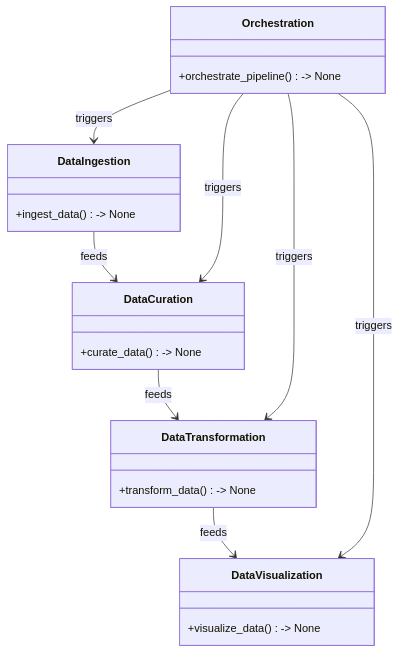
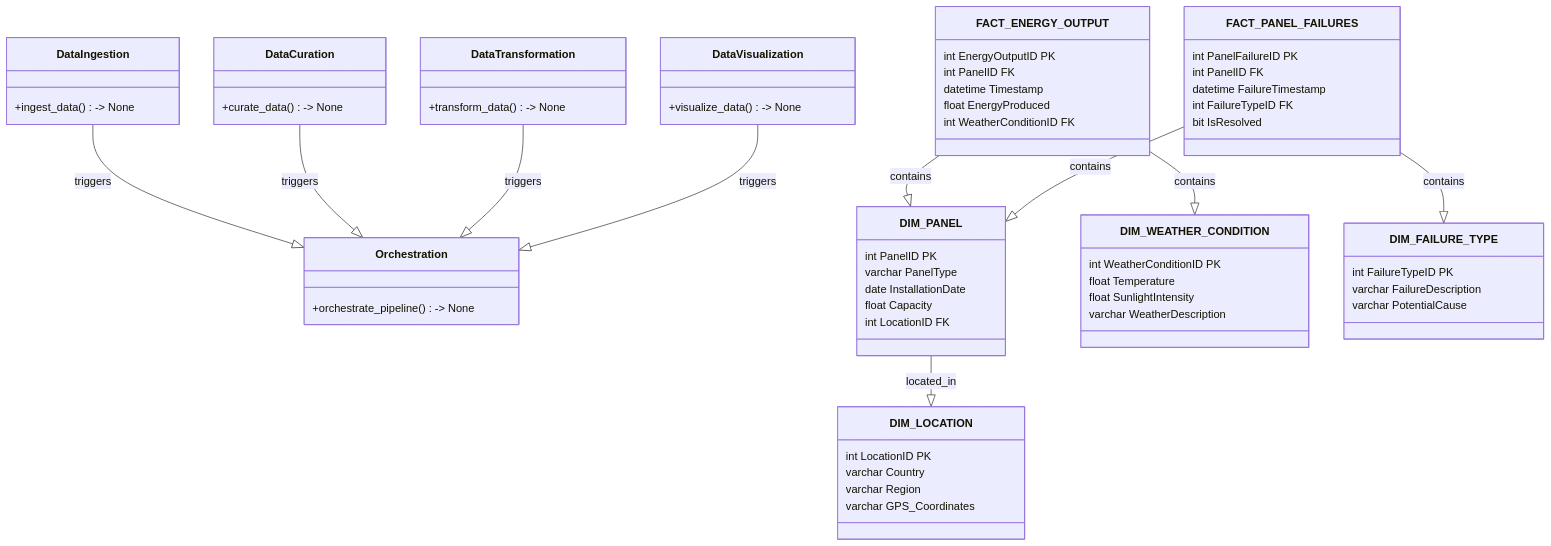
Before and after one commit to selin-k/bi_report_project: the first of 2 diagrams in docs/sdd.md, drawn with Mermaid. The commit also changed other lines of this file and 17 other files, not shown here.

````diff
--- a/docs/sdd.md
+++ b/docs/sdd.md
@@ -29,25 +29,65 @@
 ```mermaid
 classDiagram
     class DataIngestion{
         +ingest_data() -> None
     }
     class DataCuration{
         +curate_data() -> None
     }
     class DataTransformation{
         +transform_data() -> None
     }
     class DataVisualization{
         +visualize_data() -> None
     }
     class Orchestration{
         +orchestrate_pipeline() -> None
     }
-    DataIngestion --> DataCuration: feeds
-    DataCuration --> DataTransformation: feeds
-    DataTransformation --> DataVisualization: feeds
-    Orchestration --> DataIngestion: triggers
-    Orchestration --> DataCuration: triggers
-    Orchestration --> DataTransformation: triggers
-    Orchestration --> DataVisualization: triggers
+    class FACT_ENERGY_OUTPUT{
+        int EnergyOutputID PK
+        int PanelID FK
+        datetime Timestamp
+        float EnergyProduced
+        int WeatherConditionID FK
+    }
+    class FACT_PANEL_FAILURES{
+        int PanelFailureID PK
+        int PanelID FK
+        datetime FailureTimestamp
+        int FailureTypeID FK
+        bit IsResolved
+    }
+    class DIM_PANEL{
+        int PanelID PK
+        varchar PanelType
+        date InstallationDate
+        float Capacity
+        int LocationID FK
+    }
+    class DIM_WEATHER_CONDITION{
+        int WeatherConditionID PK
+        float Temperature
+        float SunlightIntensity
+        varchar WeatherDescription
+    }
+    class DIM_FAILURE_TYPE{
+        int FailureTypeID PK
+        varchar FailureDescription
+        varchar PotentialCause
+    }
+    class DIM_LOCATION{
+        int LocationID PK
+        varchar Country
+        varchar Region
+        varchar GPS_Coordinates
+    }
+    DataIngestion --|> Orchestration: triggers
+    DataCuration --|> Orchestration: triggers
+    DataTransformation --|> Orchestration: triggers
+    DataVisualization --|> Orchestration: triggers
+    FACT_ENERGY_OUTPUT --|> DIM_PANEL: contains
+    FACT_ENERGY_OUTPUT --|> DIM_WEATHER_CONDITION: contains
+    FACT_PANEL_FAILURES --|> DIM_PANEL: contains
+    FACT_PANEL_FAILURES --|> DIM_FAILURE_TYPE: contains
+    DIM_PANEL --|> DIM_LOCATION: located_in
 ```
````
